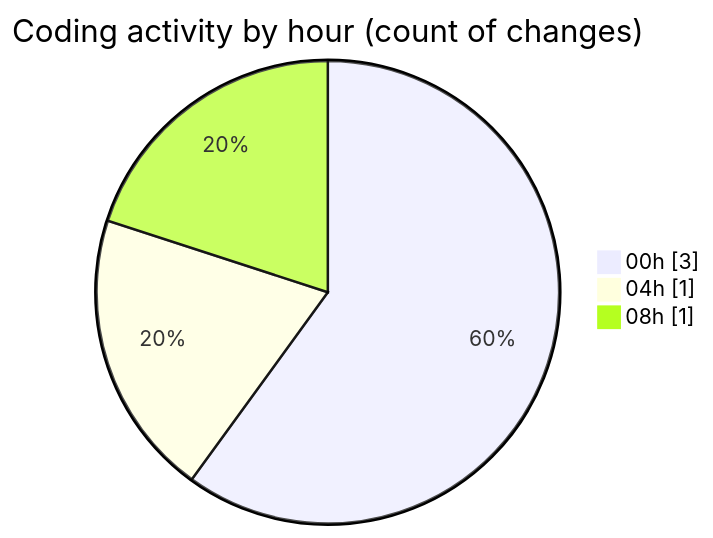
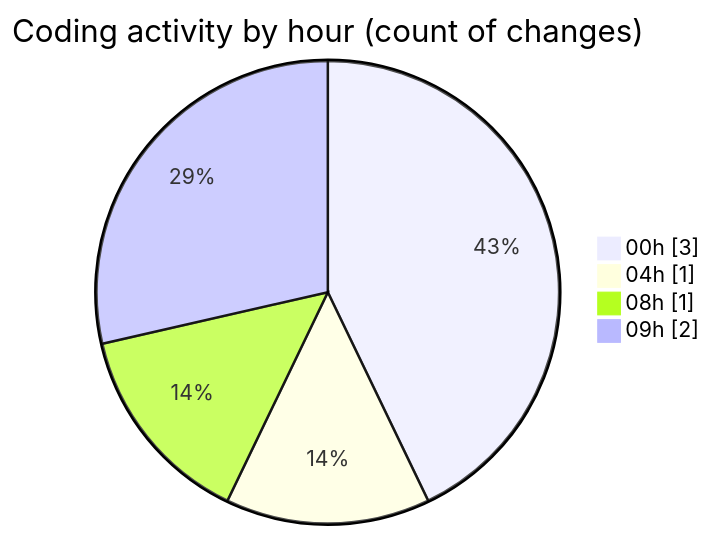
Before and after one commit to tmsrecording-cyber/code-tracking: the second of 2 diagrams in 2026-02-03/singularitybrainai/README.md, drawn with Mermaid. The commit also changed other lines of this file and 1 other file, not shown here.

````diff
--- a/2026-02-03/singularitybrainai/README.md
+++ b/2026-02-03/singularitybrainai/README.md
@@ -28,7 +29,8 @@
 ```mermaid
 pie showData
 title Coding activity by hour (count of changes)
 "00h" : 3
 "04h" : 1
 "08h" : 1
+"09h" : 2
 ```
````
